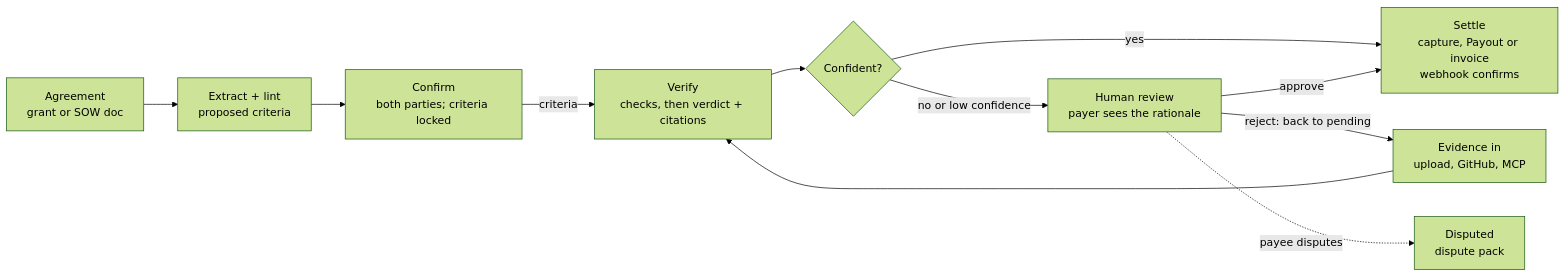
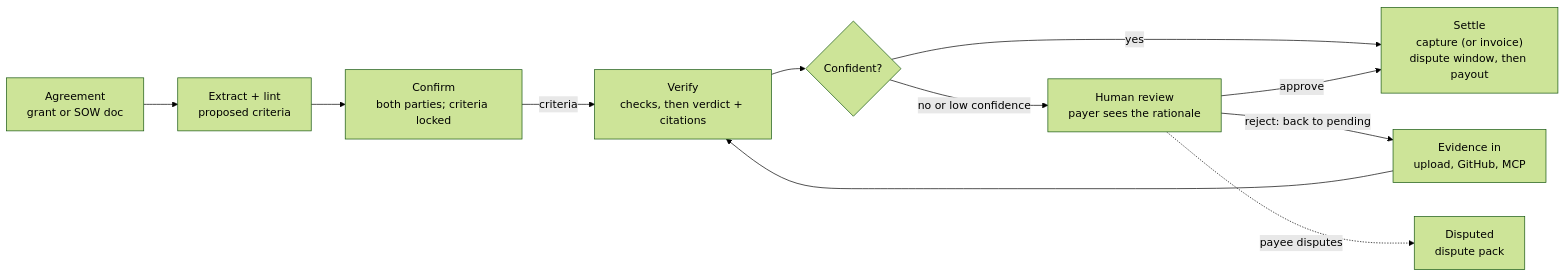
The diagram in docs/SPEC.md (SeraphDev6/milestone_disbursment_agent), drawn with Mermaid (forest theme) before and after one commit. The commit also changed other lines of this file and 27 other files, not shown here.

First line of the commit message:
Pay payees directly via PayPal partner onboarding; dispute window; Payouts fallback

````diff
--- a/docs/SPEC.md
+++ b/docs/SPEC.md
@@ -67,13 +67,13 @@
 ```mermaid
 flowchart LR
     A["Agreement<br/>grant or SOW doc"] --> B["Extract + lint<br/>proposed criteria"]
     B --> C["Confirm<br/>both parties; criteria locked"]
     C -- criteria --> E["Verify<br/>checks, then verdict + citations"]
     D["Evidence in<br/>upload, GitHub, MCP"] --> E
     E --> G{"Confident?"}
-    G -- yes --> S["Settle<br/>capture, Payout or invoice<br/>webhook confirms"]
+    G -- yes --> S["Settle<br/>capture (or invoice)<br/>dispute window, then payout"]
     G -- "no or low confidence" --> R["Human review<br/>payer sees the rationale"]
     R -- approve --> S
     R -- "reject: back to pending" --> D
     R -. "payee disputes" .-> X["Disputed<br/>dispute pack"]
 ```
````
